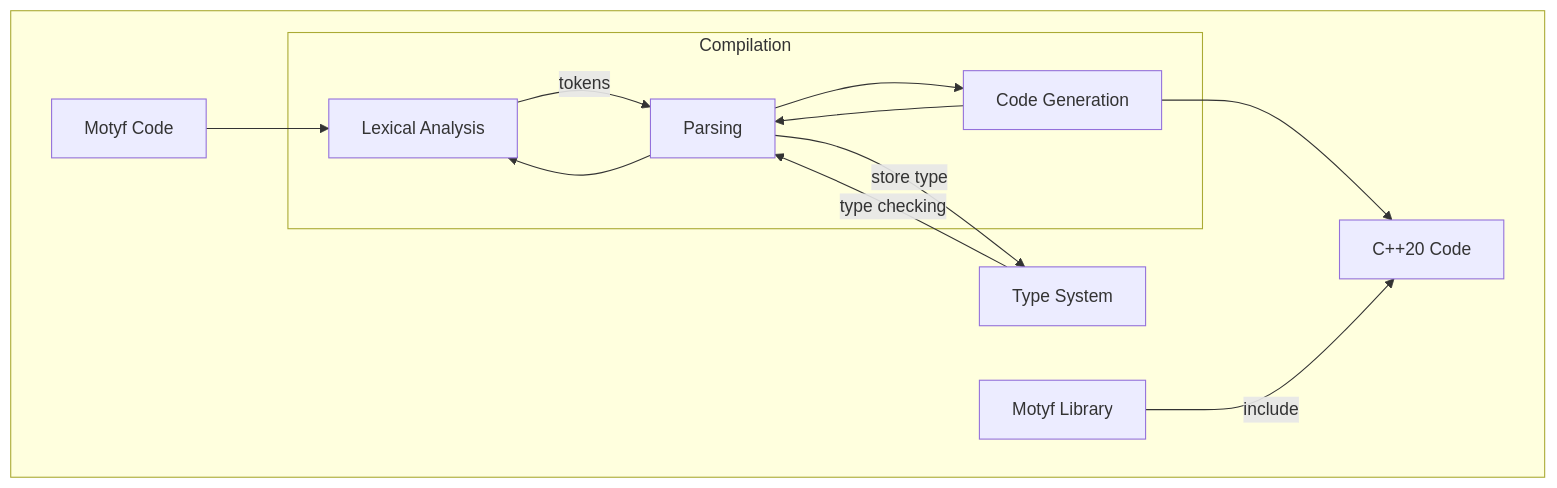
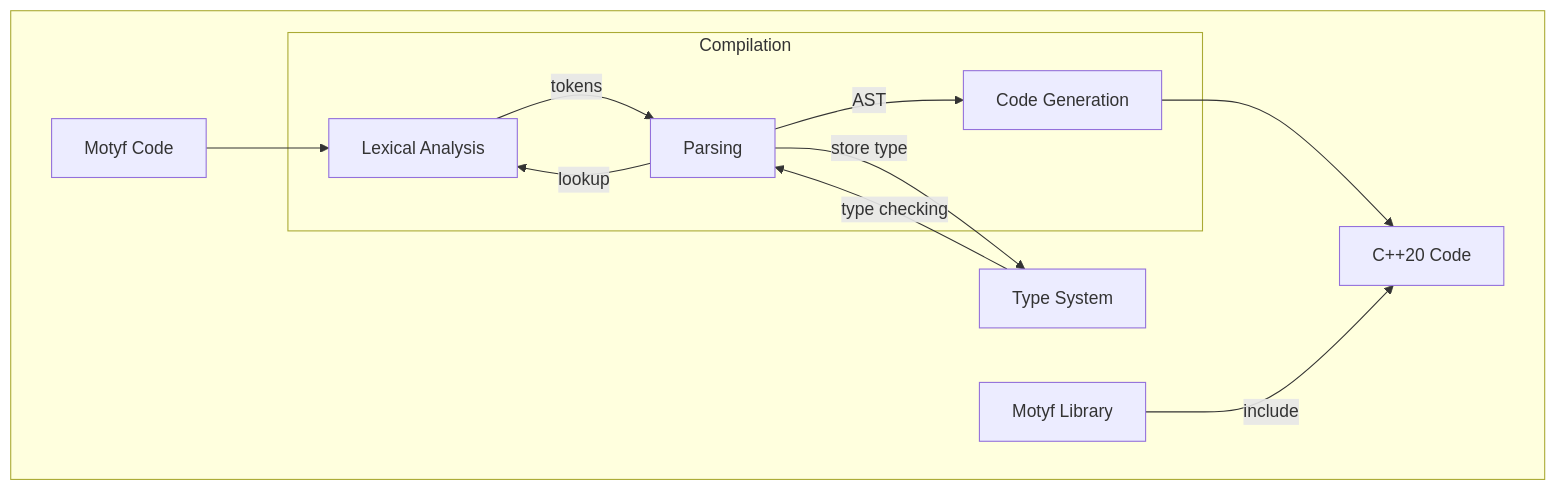
One commit to benniadham/motyf changed the diagram in Manifesto.md. Above: the diagram before and after it, drawn with Mermaid. The commit also changed other lines of this file, not shown here.

Commit message:
Edit diagram

````diff
--- a/Manifesto.md
+++ b/Manifesto.md
@@ -31,17 +32,18 @@
 ```mermaid
 flowchart 
     subgraph " "
     
     motyf_code[Motyf Code]-->lexer[Lexical Analysis]
+
         subgraph Compilation
         lexer--tokens-->parser[Parsing]
-        parser-->code_gen[Code Generation]
-        parser-->lexer
-        code_gen-->parser
+        parser--AST-->code_gen[Code Generation]
+        parser--lookup-->lexer
         end
+    
     parser--store type-->type_system[Type System]
     type_system--type checking-->parser
     code_gen-->cpp_code[C++20 Code]
     motyf_lib[Motyf Library]--include-->cpp_code
     end
 ```
````
